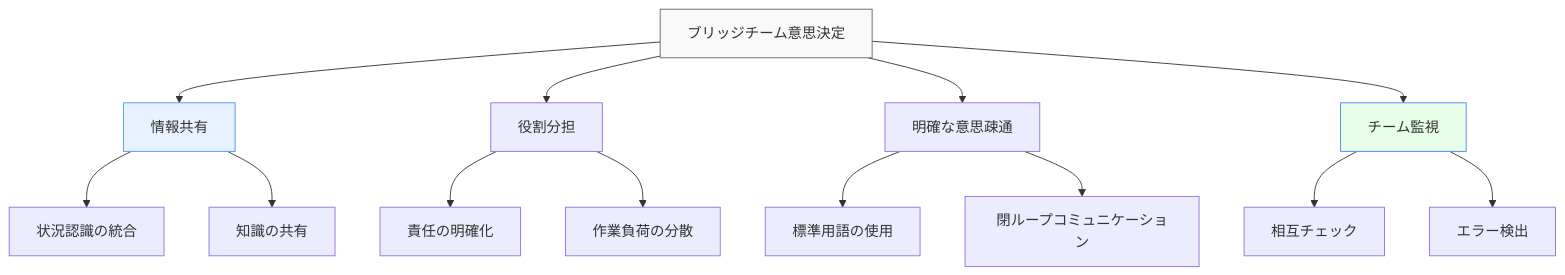
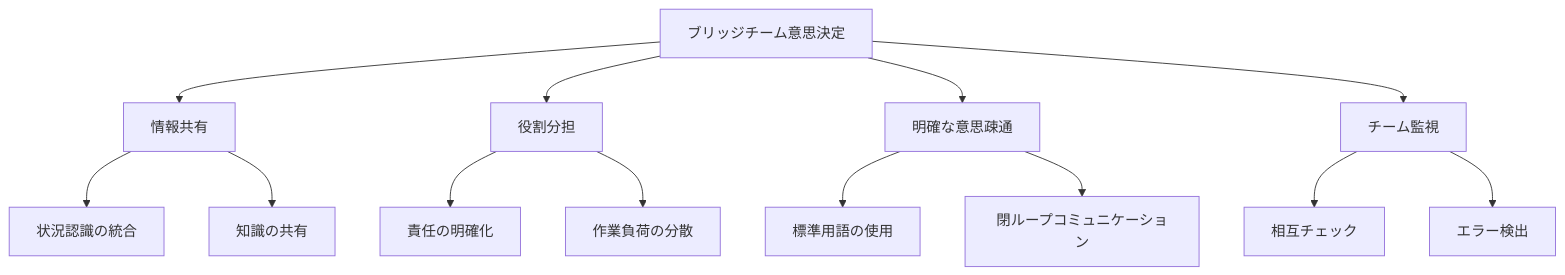
One commit to shuji-bonji/Situational-Awareness-and-Decision-Making changed the third of 11 diagrams in docs/applications/maritime-dm.md. Above: the diagram before and after it, drawn with Mermaid. The commit also changed other lines of this file and 49 other files, not shown here.

Commit message:
fix: ダークモードで見づらい図の色の変更

````diff
--- a/docs/applications/maritime-dm.md
+++ b/docs/applications/maritime-dm.md
@@ -93,23 +93,23 @@
     ```mermaid
     graph TD
         A[ブリッジチーム意思決定] --> B[情報共有]
         A --> C[役割分担]
         A --> D[明確な意思疎通]
         A --> E[チーム監視]
         
         B --> B1[状況認識の統合]
         B --> B2[知識の共有]
         
         C --> C1[責任の明確化]
         C --> C2[作業負荷の分散]
         
         D --> D1[標準用語の使用]
         D --> D2[閉ループコミュニケーション]
         
         E --> E1[相互チェック]
         E --> E2[エラー検出]
         
-        style A fill:#f9f9f9,stroke:#666
-        style B fill:#e6f2ff,stroke:#4d94ff
-        style E fill:#e6ffe6,stroke:#4d7fff
+    
+    
+    
     ```
````
